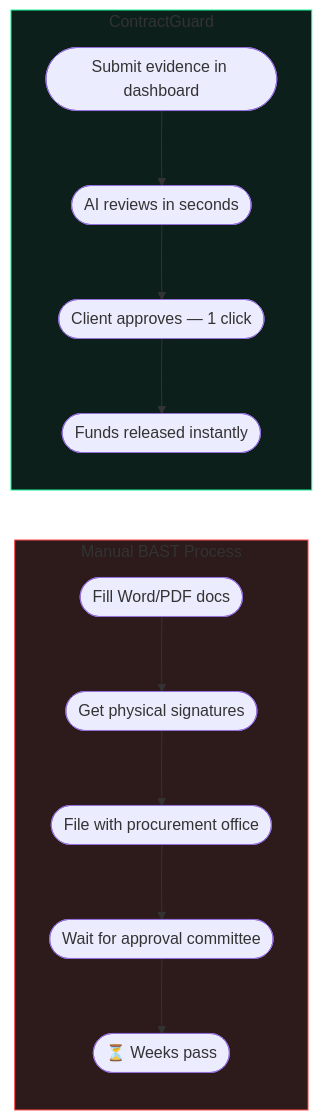
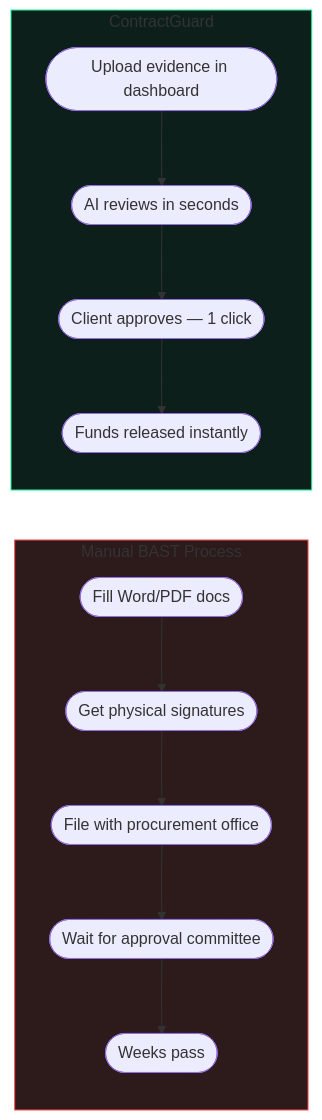
One commit to ContracGuardAI/frontend changed the first of 2 diagrams in docs/product/why-us.md. Above: the diagram before and after it, drawn with Mermaid. The commit also changed other lines of this file and 40 other files, not shown here.

````diff
--- a/docs/product/why-us.md
+++ b/docs/product/why-us.md
@@ -60,20 +57,20 @@
 ```mermaid
 flowchart LR
     subgraph OLD ["Manual BAST Process"]
         direction TB
         O1([Fill Word/PDF docs]) --> O2([Get physical signatures])
         O2 --> O3([File with procurement office])
         O3 --> O4([Wait for approval committee])
-        O4 --> O5([⏳ Weeks pass])
+        O4 --> O5([Weeks pass])
     end
 
     subgraph NEW ["ContractGuard"]
         direction TB
-        N1([Submit evidence in dashboard]) --> N2([AI reviews in seconds])
+        N1([Upload evidence in dashboard]) --> N2([AI reviews in seconds])
         N2 --> N3([Client approves — 1 click])
         N3 --> N4([Funds released instantly])
     end
 
     style OLD fill:#2d1b1b,stroke:#ff4444
     style NEW fill:#0d1f1a,stroke:#14F195
 ```
````
